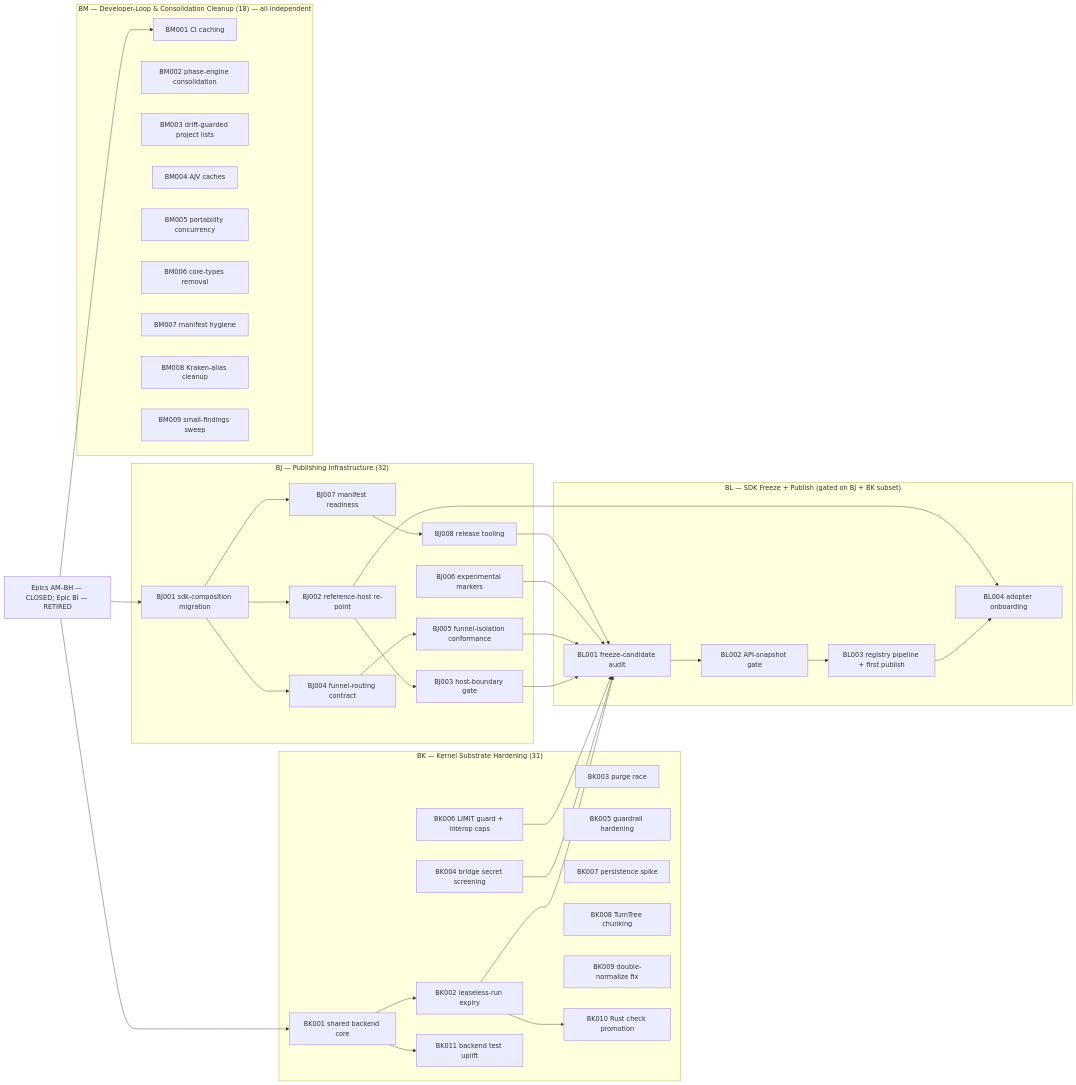
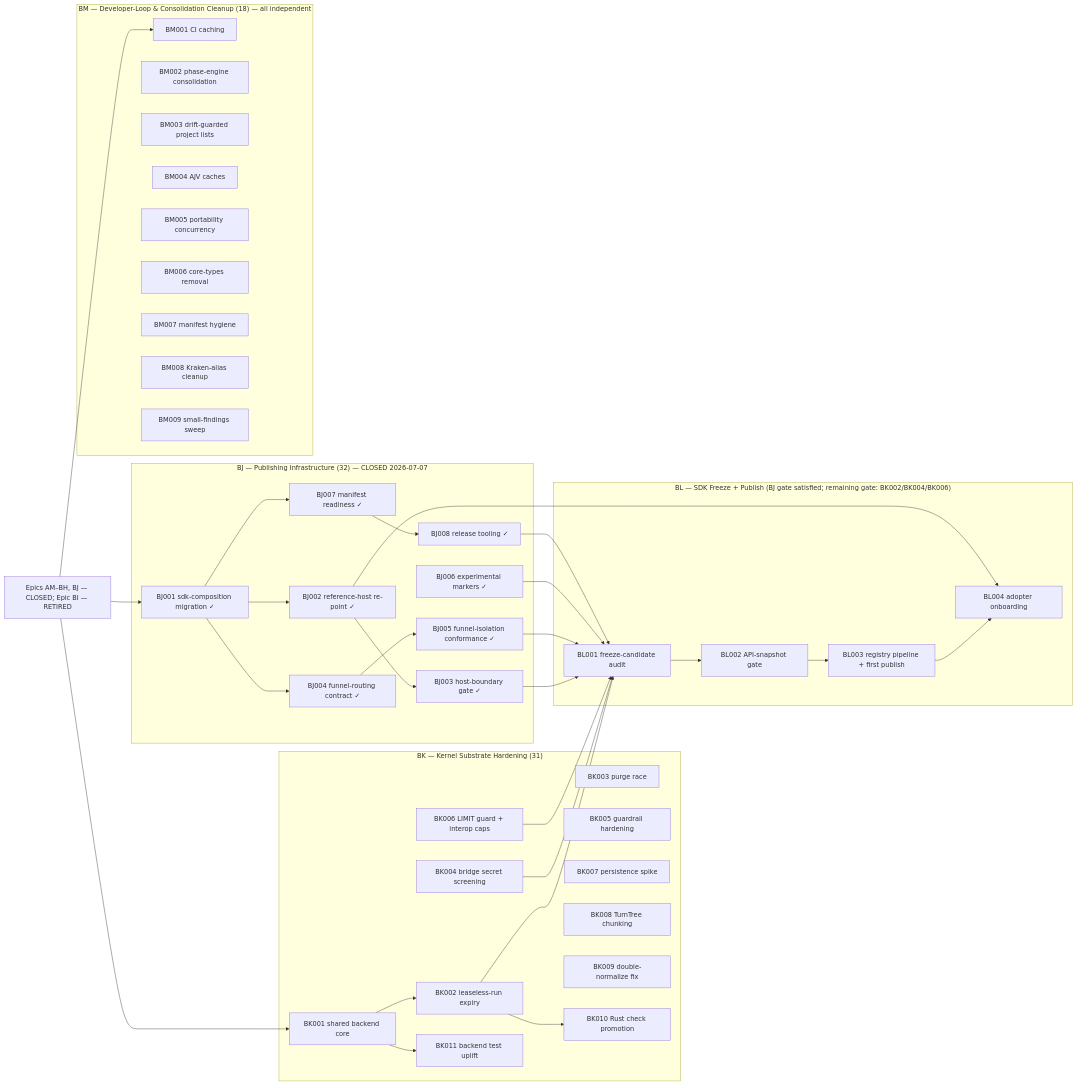
Before and after one commit to Tuvren/framework: the diagram in .constitution/tasks/critical-path.md, drawn with Mermaid. The commit also changed other lines of this file and 4 other files, not shown here.

````diff
--- a/.constitution/tasks/critical-path.md
+++ b/.constitution/tasks/critical-path.md
@@ -102,61 +102,61 @@
 ```mermaid
 flowchart LR
-  priorClosed["Epics AM–BH — CLOSED; Epic BI — RETIRED"]
+  priorClosed["Epics AM–BH, BJ — CLOSED; Epic BI — RETIRED"]
 
-  subgraph BJ["BJ — Publishing Infrastructure (32)"]
-    BJ1["BJ001 sdk-composition migration"]
-    BJ1 --> BJ2["BJ002 reference-host re-point"]
-    BJ2 --> BJ3["BJ003 host-boundary gate"]
-    BJ1 --> BJ4["BJ004 funnel-routing contract"]
-    BJ4 --> BJ5["BJ005 funnel-isolation conformance"]
-    BJ6["BJ006 experimental markers"]
-    BJ1 --> BJ7["BJ007 manifest readiness"]
-    BJ7 --> BJ8["BJ008 release tooling"]
+  subgraph BJ["BJ — Publishing Infrastructure (32) — CLOSED 2026-07-07"]
+    BJ1["BJ001 sdk-composition migration ✓"]
+    BJ1 --> BJ2["BJ002 reference-host re-point ✓"]
+    BJ2 --> BJ3["BJ003 host-boundary gate ✓"]
+    BJ1 --> BJ4["BJ004 funnel-routing contract ✓"]
+    BJ4 --> BJ5["BJ005 funnel-isolation conformance ✓"]
+    BJ6["BJ006 experimental markers ✓"]
+    BJ1 --> BJ7["BJ007 manifest readiness ✓"]
+    BJ7 --> BJ8["BJ008 release tooling ✓"]
   end
 
   subgraph BK["BK — Kernel Substrate Hardening (31)"]
     BK1["BK001 shared backend core"]
     BK1 --> BK2["BK002 leaseless-run expiry"]
     BK3["BK003 purge race"]
     BK4["BK004 bridge secret screening"]
     BK5["BK005 guardrail hardening"]
     BK6["BK006 LIMIT guard + interop caps"]
     BK7["BK007 persistence spike"]
     BK8["BK008 TurnTree chunking"]
     BK9["BK009 double-normalize fix"]
     BK2 --> BK10["BK010 Rust check promotion"]
     BK1 --> BK11["BK011 backend test uplift"]
   end
 
-  subgraph BL["BL — SDK Freeze + Publish (gated on BJ + BK subset)"]
+  subgraph BL["BL — SDK Freeze + Publish (BJ gate satisfied; remaining gate: BK002/BK004/BK006)"]
     BL1["BL001 freeze-candidate audit"]
     BL1 --> BL2["BL002 API-snapshot gate"]
     BL2 --> BL3["BL003 registry pipeline + first publish"]
     BL3 --> BL4["BL004 adopter onboarding"]
   end
 
   subgraph BM["BM — Developer-Loop & Consolidation Cleanup (18) — all independent"]
     BM1["BM001 CI caching"]
     BM2["BM002 phase-engine consolidation"]
     BM3["BM003 drift-guarded project lists"]
     BM4["BM004 AJV caches"]
     BM5["BM005 portability concurrency"]
     BM6["BM006 core-types removal"]
     BM7["BM007 manifest hygiene"]
     BM8["BM008 Kraken-alias cleanup"]
     BM9["BM009 small-findings sweep"]
   end
 
   priorClosed --> BJ1
   priorClosed --> BK1
   priorClosed --> BM1
 
   BJ3 --> BL1
   BJ5 --> BL1
   BJ6 --> BL1
   BJ8 --> BL1
   BK2 --> BL1
   BK4 --> BL1
   BK6 --> BL1
   BJ2 --> BL4
 ```
````
